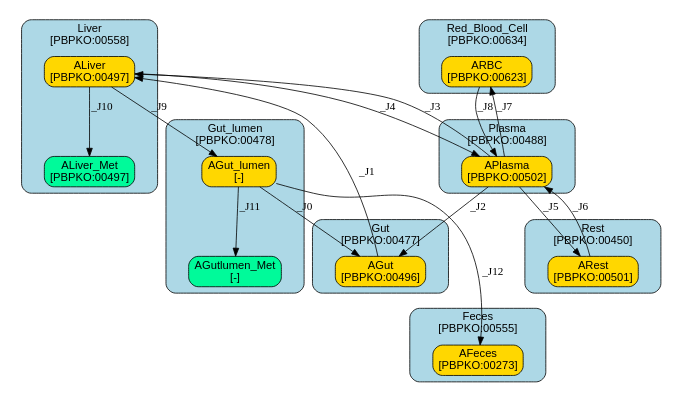
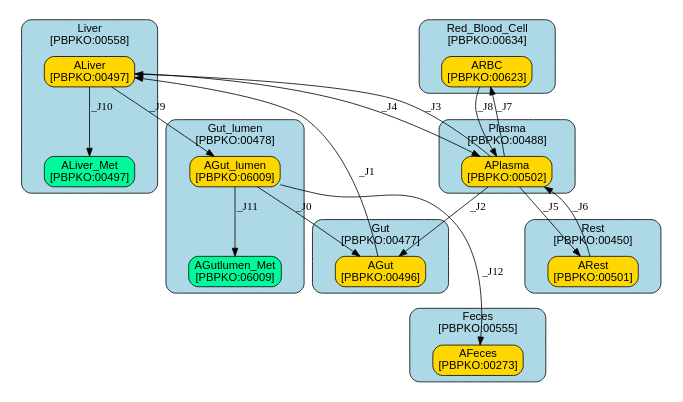
The diagram in models/oral/Heavy Metals/Ou2018/summary.dot (fair-pbk/exposure-route-pbk-models), drawn with Graphviz before and after one commit. The commit also changed 174 other files, not shown here.

```diff
--- a/models/oral/Heavy Metals/Ou2018/summary.dot
+++ b/models/oral/Heavy Metals/Ou2018/summary.dot
@@ -1,162 +1,162 @@
 digraph {
 	graph [ratio=fill,
 		size="7,4"
 	];
 	node [fontname=Arial];
 	subgraph cluster_Gut_lumen {
 		graph [color=black,
 			fillcolor=lightblue,
 			fontname=Arial,
 			href="#compartment-Gut_lumen",
 			label="Gut_lumen
 [PBPKO:00478]",
 			shape=box,
 			style="filled,rounded"
 		];
 		AGut_lumen	[color=black,
 			fillcolor=gold,
 			href="#species-AGut_lumen",
 			label="AGut_lumen
-[-]",
+[PBPKO:06009]",
 			shape=box,
 			style="filled,rounded"];
 		AGutlumen_Met	[color=black,
 			fillcolor=mediumspringgreen,
 			href="#species-AGutlumen_Met",
 			label="AGutlumen_Met
-[-]",
+[PBPKO:06009]",
 			shape=box,
 			style="filled,rounded"];
 	}
 	subgraph cluster_Gut {
 		graph [color=black,
 			fillcolor=lightblue,
 			fontname=Arial,
 			href="#compartment-Gut",
 			label="Gut
 [PBPKO:00477]",
 			shape=box,
 			style="filled,rounded"
 		];
 		AGut	[color=black,
 			fillcolor=gold,
 			href="#species-AGut",
 			label="AGut
 [PBPKO:00496]",
 			shape=box,
 			style="filled,rounded"];
 	}
 	subgraph cluster_Liver {
 		graph [color=black,
 			fillcolor=lightblue,
 			fontname=Arial,
 			href="#compartment-Liver",
 			label="Liver
 [PBPKO:00558]",
 			shape=box,
 			style="filled,rounded"
 		];
 		ALiver	[color=black,
 			fillcolor=gold,
 			href="#species-ALiver",
 			label="ALiver
 [PBPKO:00497]",
 			shape=box,
 			style="filled,rounded"];
 		ALiver_Met	[color=black,
 			fillcolor=mediumspringgreen,
 			href="#species-ALiver_Met",
 			label="ALiver_Met
 [PBPKO:00497]",
 			shape=box,
 			style="filled,rounded"];
 	}
 	subgraph cluster_Red_Blood_Cell {
 		graph [color=black,
 			fillcolor=lightblue,
 			fontname=Arial,
 			href="#compartment-Red_Blood_Cell",
 			label="Red_Blood_Cell
 [PBPKO:00634]",
 			shape=box,
 			style="filled,rounded"
 		];
 		ARBC	[color=black,
 			fillcolor=gold,
 			href="#species-ARBC",
 			label="ARBC
 [PBPKO:00623]",
 			shape=box,
 			style="filled,rounded"];
 	}
 	subgraph cluster_Plasma {
 		graph [color=black,
 			fillcolor=lightblue,
 			fontname=Arial,
 			href="#compartment-Plasma",
 			label="Plasma
 [PBPKO:00488]",
 			shape=box,
 			style="filled,rounded"
 		];
 		APlasma	[color=black,
 			fillcolor=gold,
 			href="#species-APlasma",
 			label="APlasma
 [PBPKO:00502]",
 			shape=box,
 			style="filled,rounded"];
 	}
 	subgraph cluster_Rest {
 		graph [color=black,
 			fillcolor=lightblue,
 			fontname=Arial,
 			href="#compartment-Rest",
 			label="Rest
 [PBPKO:00450]",
 			shape=box,
 			style="filled,rounded"
 		];
 		ARest	[color=black,
 			fillcolor=gold,
 			href="#species-ARest",
 			label="ARest
 [PBPKO:00501]",
 			shape=box,
 			style="filled,rounded"];
 	}
 	subgraph cluster_Feces {
 		graph [color=black,
 			fillcolor=lightblue,
 			fontname=Arial,
 			href="#compartment-Feces",
 			label="Feces
 [PBPKO:00555]",
 			shape=box,
 			style="filled,rounded"
 		];
 		AFeces	[color=black,
 			fillcolor=gold,
 			href="#species-AFeces",
 			label="AFeces
 [PBPKO:00273]",
 			shape=box,
 			style="filled,rounded"];
 	}
 	AGut_lumen -> AGutlumen_Met	[label=_J11,
 		minlen=1];
 	AGut_lumen -> AGut	[label=_J0];
 	AGut_lumen -> AFeces	[label=_J12,
 		minlen=2];
 	AGut -> ALiver	[label=_J1];
 	ALiver -> AGut_lumen	[label=_J9];
 	ALiver -> ALiver_Met	[label=_J10,
 		minlen=1];
 	ALiver -> APlasma	[label=_J4];
 	ARBC -> APlasma	[label=_J8];
 	APlasma -> AGut	[label=_J2];
 	APlasma -> ALiver	[label=_J3];
 	APlasma -> ARBC	[label=_J7];
 	APlasma -> ARest	[label=_J5];
 	ARest -> APlasma	[label=_J6];
 }
```
